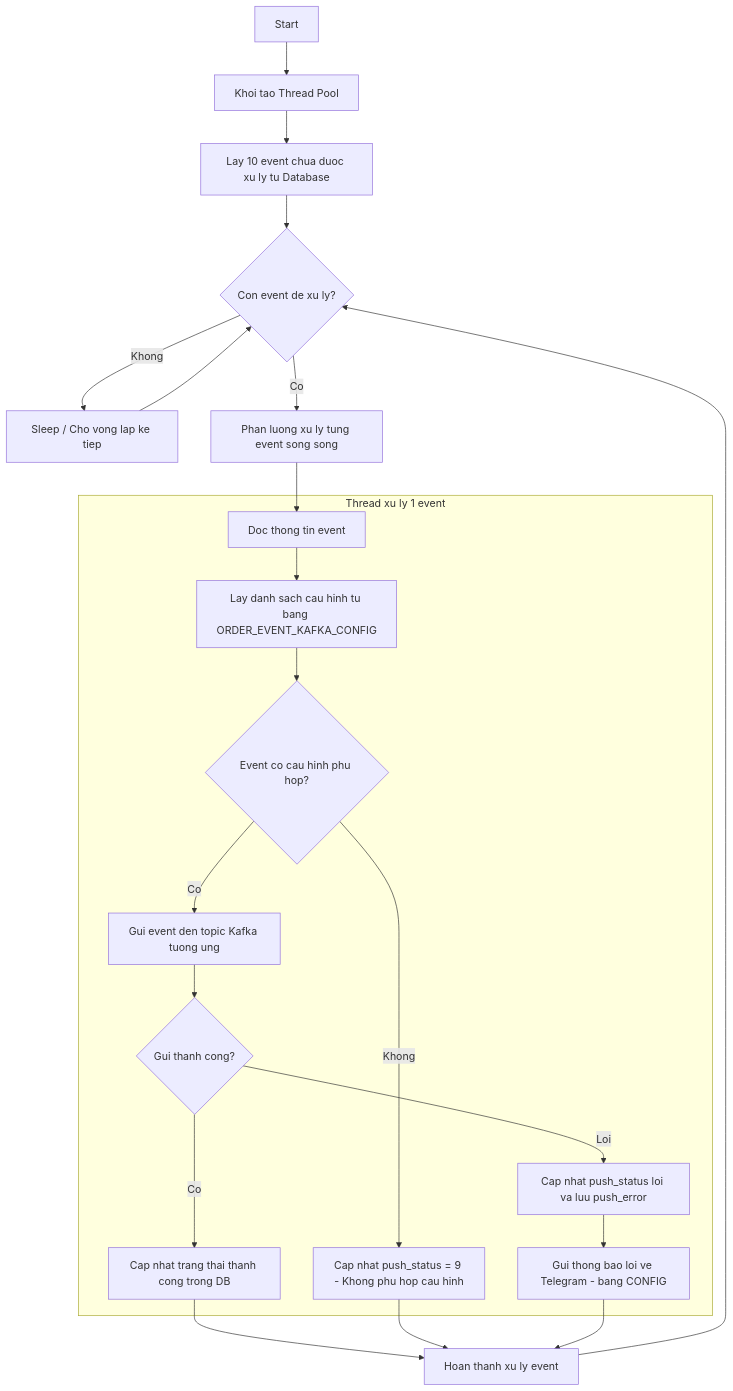
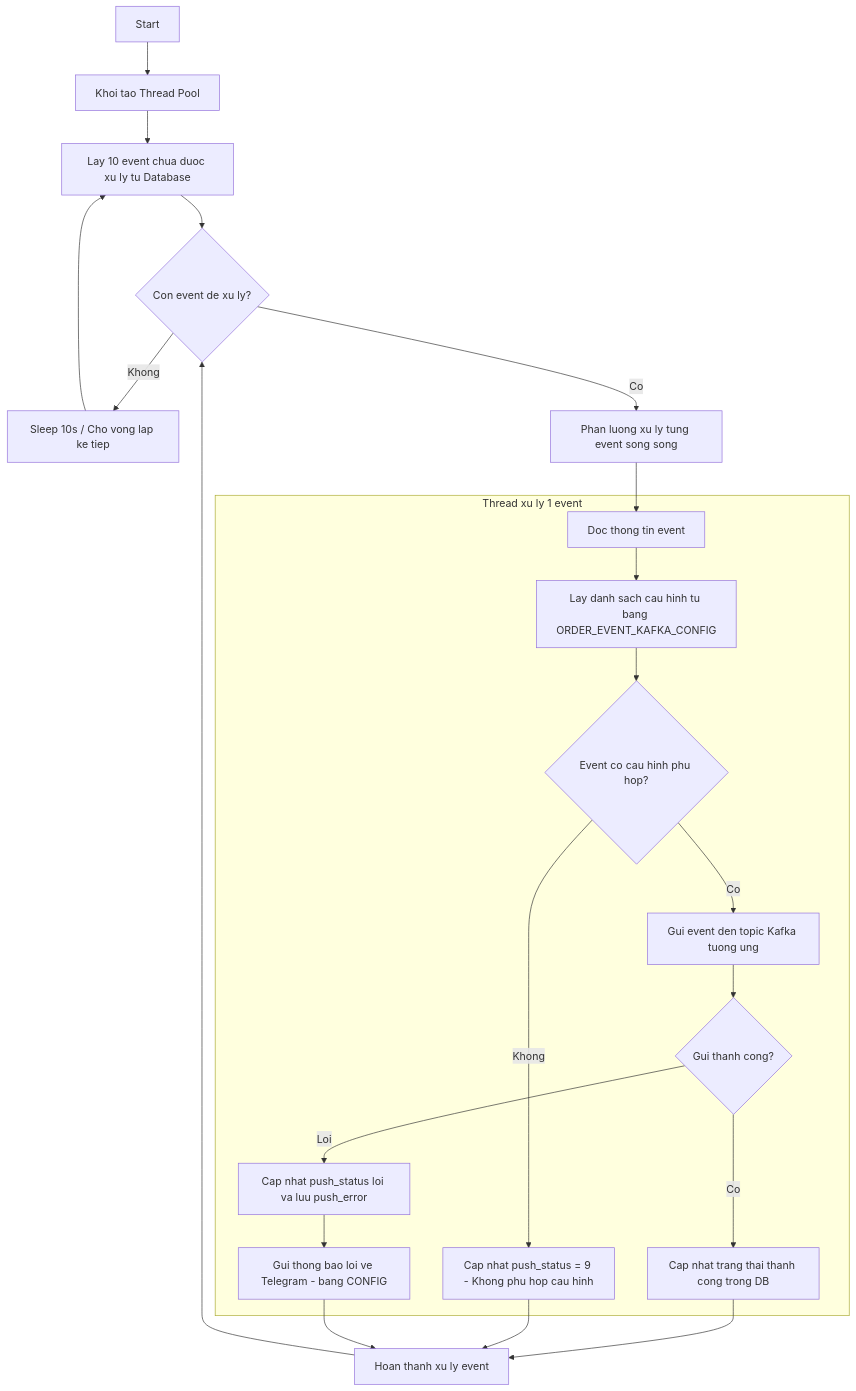
The diagram in README.md (quannh08/hubOrder-event-pushing), drawn with Mermaid before and after one commit.

Commit message:
Update  README flowchart

````diff
--- a/README.md
+++ b/README.md
@@ -135,30 +135,30 @@
 ```mermaid
 flowchart TD
 
 A[Start] --> B[Khoi tao Thread Pool]
 B --> C[Lay 10 event chua duoc xu ly tu Database]
 C --> D{Con event de xu ly?}
-D -->|Khong| E[Sleep / Cho vong lap ke tiep]
+D -->|Khong| E[Sleep 10s / Cho vong lap ke tiep]
 D -->|Co| F[Phan luong xu ly tung event song song]
 
 subgraph "Thread xu ly 1 event"
     F1[Doc thong tin event]
     F2[Lay danh sach cau hinh tu bang ORDER_EVENT_KAFKA_CONFIG]
     F1 --> F2
     F2 --> G{Event co cau hinh phu hop?}
     G -->|Khong| H["Cap nhat push_status = 9 - Khong phu hop cau hinh"]
     G -->|Co| I[Gui event den topic Kafka tuong ung]
     I --> J{Gui thanh cong?}
     J -->|Co| K[Cap nhat trang thai thanh cong trong DB]
     J -->|Loi| L[Cap nhat push_status loi va luu push_error]
     L --> M[Gui thong bao loi ve Telegram - bang CONFIG]
 end
 
 F --> F1
 K --> N[Hoan thanh xu ly event]
 H --> N
 M --> N
 N --> D
 
-E --> D
+E --> C
 ```
````
